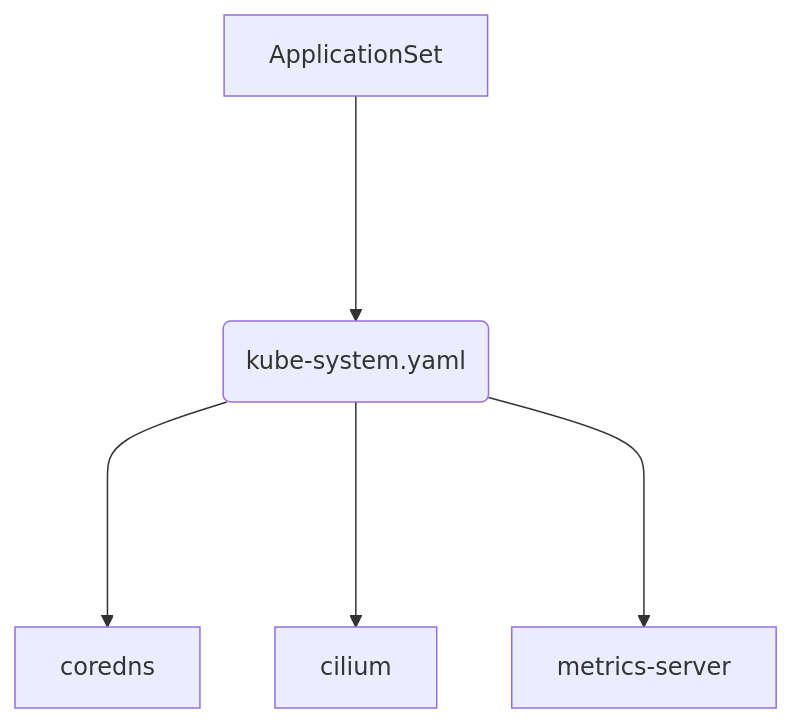
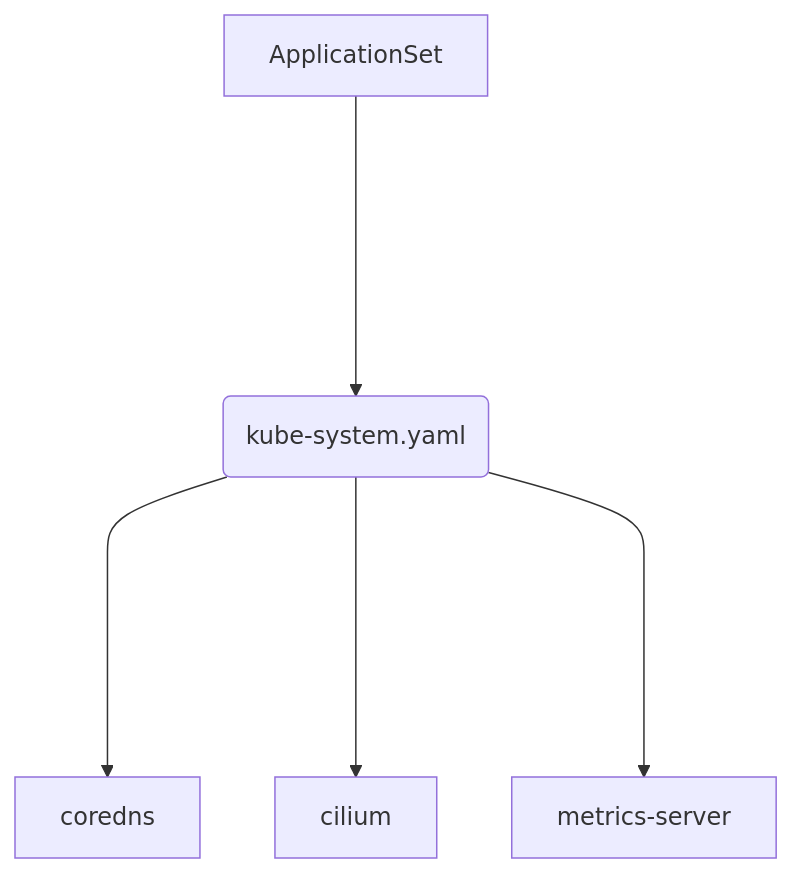
Before and after one commit to acelinkio/argocd-homelab: the second of 2 diagrams in README.md, drawn with Mermaid.

Commit message:
more length

````diff
--- a/README.md
+++ b/README.md
@@ -44,7 +44,7 @@
 ```mermaid
 flowchart TD
-    A[ApplicationSet] ----> B(kube-system.yaml)
-    B ----> D[coredns]
-    B ----> E[cilium]
-    B ----> F[metrics-server]
+    A[ApplicationSet] -----> B(kube-system.yaml)
+    B -----> D[coredns]
+    B -----> E[cilium]
+    B -----> F[metrics-server]
 ```
````
